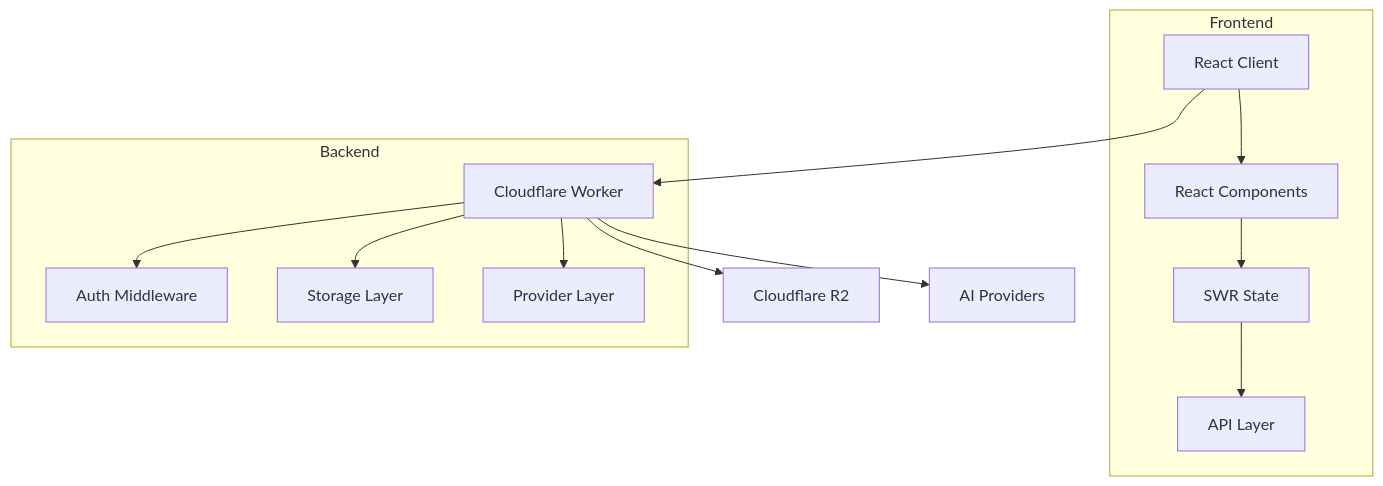
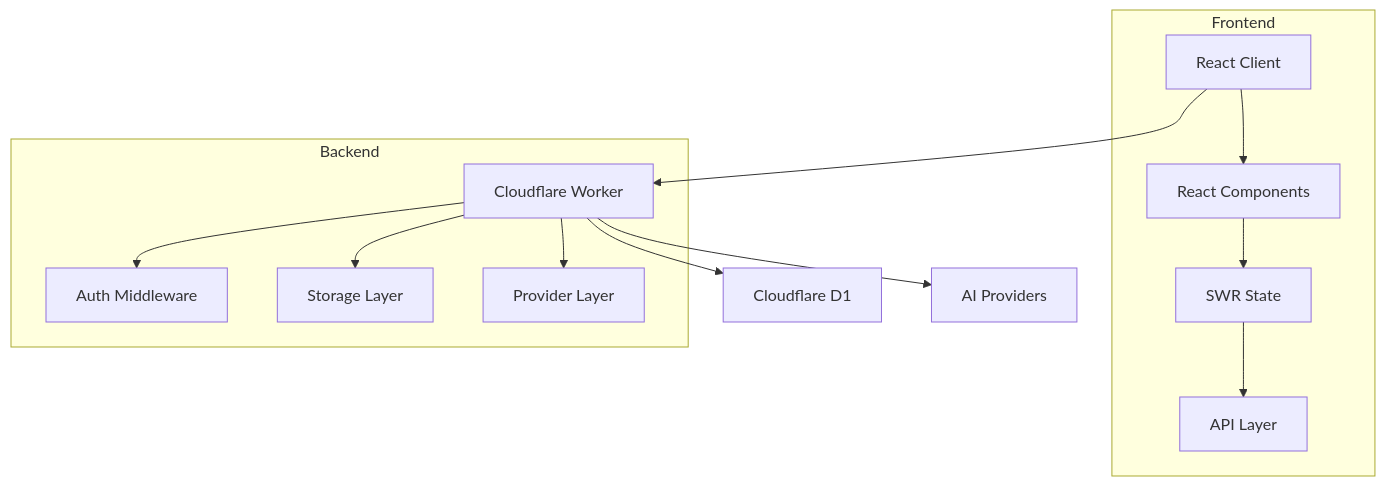
Before and after one commit to luohy15/y-gui: the diagram in README.md, drawn with Mermaid. The commit also changed other lines of this file, not shown here.

````diff
--- a/README.md
+++ b/README.md
@@ -40,18 +40,18 @@
 ```mermaid
 flowchart TD
     Client[React Client] --> Worker[Cloudflare Worker]
-    Worker --> R2[Cloudflare R2]
+    Worker --> D1[Cloudflare D1]
     Worker --> AI[AI Providers]
 
     subgraph "Frontend"
         Client --> Components[React Components]
         Components --> State[SWR State]
         State --> API[API Layer]
     end
 
     subgraph "Backend"
         Worker --> Auth[Auth Middleware]
         Worker --> Storage[Storage Layer]
         Worker --> Provider[Provider Layer]
     end
 ```
````
